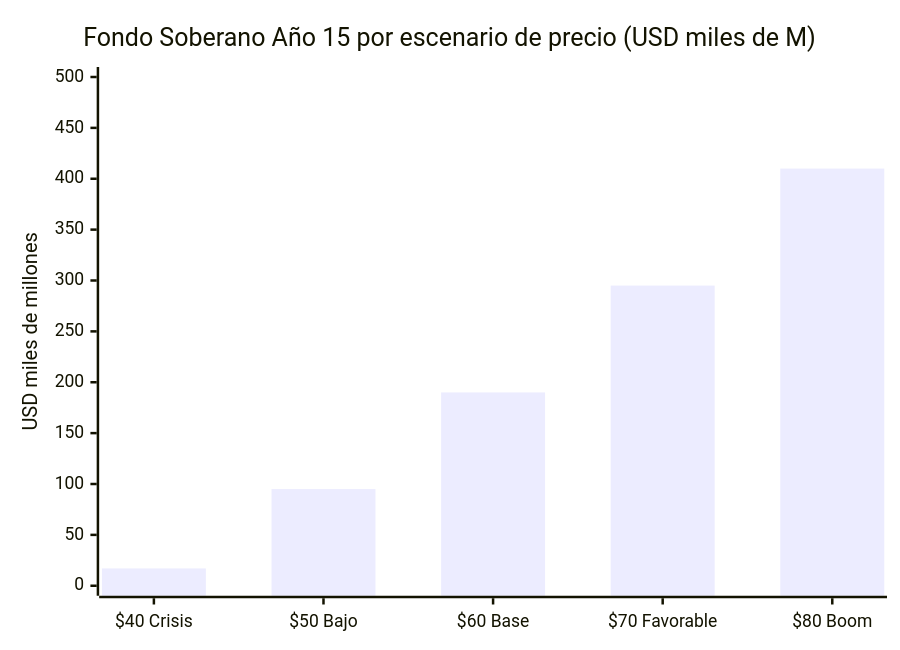
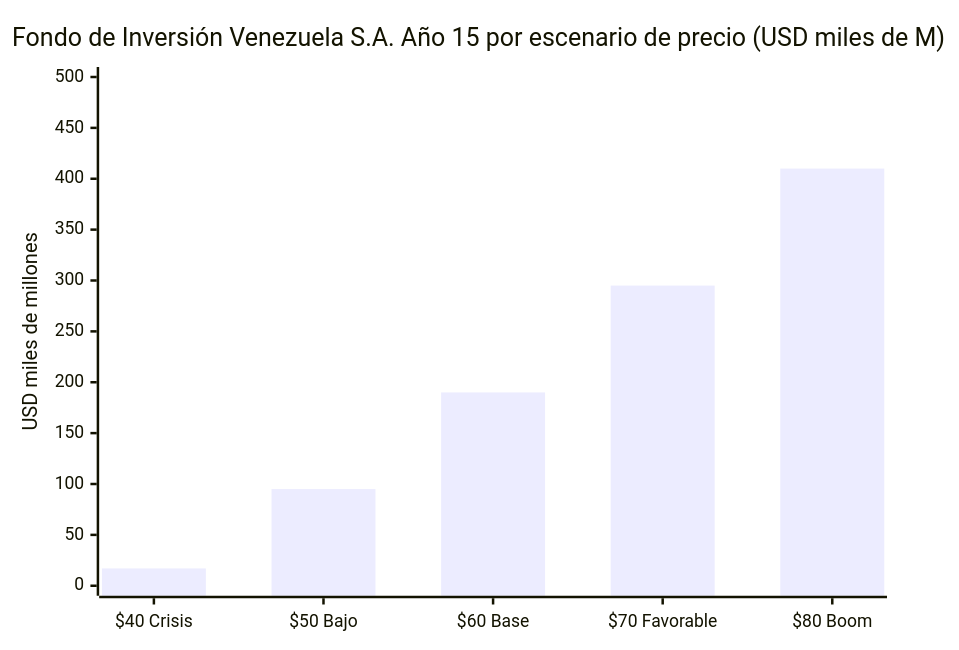
One commit to Venezuela-S-A/venezuela-sa changed the third of 3 diagrams in docs/07-ejecucion/proyecciones.md. Above: the diagram before and after it, drawn with Mermaid. The commit also changed other lines of this file and 33 other files, not shown here.

First line of the commit message:
refactor: rename 'fondo soberano' to 'Fondo de Inversión Venezuela S.A.'

````diff
--- a/docs/07-ejecucion/proyecciones.md
+++ b/docs/07-ejecucion/proyecciones.md
@@ -75,7 +75,7 @@
 ```mermaid
 xychart-beta
-    title "Fondo Soberano Año 15 por escenario de precio (USD miles de M)"
+    title "Fondo de Inversión Venezuela S.A. Año 15 por escenario de precio (USD miles de M)"
     x-axis ["$40 Crisis", "$50 Bajo", "$60 Base", "$70 Favorable", "$80 Boom"]
     y-axis "USD miles de millones" 0 --> 500
     bar [17, 95, 190, 295, 410]
 ```
````
